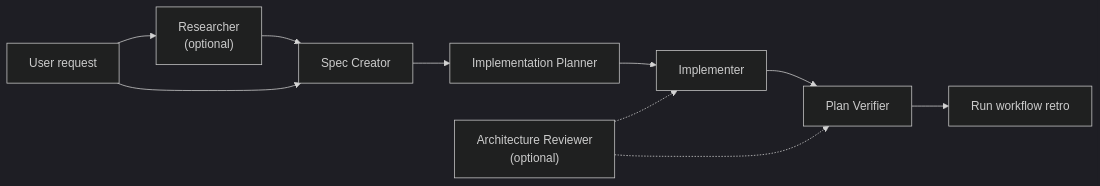
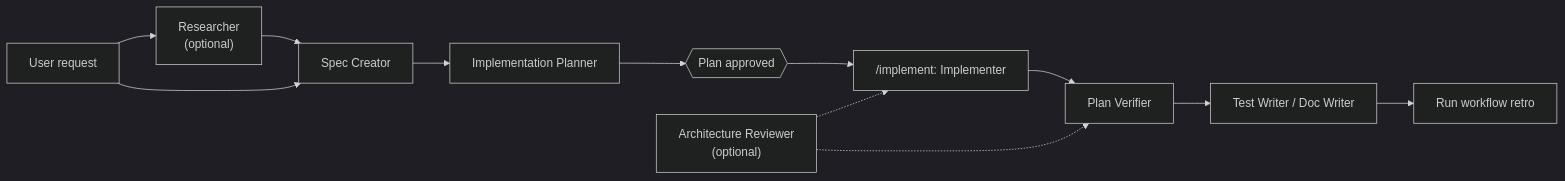
Before and after one commit to natata7/dev-digest-ai-marketplace: the second of 2 diagrams in docs/PLUGIN-ECOSYSTEM-SPEC.md, drawn with Mermaid (dark theme). The commit also changed other lines of this file and 154 other files, not shown here.

Commit message:
Add Zod schema references for coercion, string validations, enums, and type safety

````diff
--- a/docs/PLUGIN-ECOSYSTEM-SPEC.md
+++ b/docs/PLUGIN-ECOSYSTEM-SPEC.md
@@ -67,12 +78,13 @@
 ```mermaid
 flowchart LR
   request["User request"] --> research["Researcher<br/>(optional)"]
   research --> spec["Spec Creator"]
   request --> spec
   spec --> planner["Implementation Planner"]
-  planner --> implementer["Implementer"]
+  planner --> approval{{"Plan approved"}} --> implementer["/implement: Implementer"]
   implementer --> verifier["Plan Verifier"]
-  verifier --> retro["Run workflow retro"]
+  verifier --> tests["Test Writer / Doc Writer"]
+  tests --> retro["Run workflow retro"]
   architecture["Architecture Reviewer<br/>(optional)"] -.-> implementer
   architecture -.-> verifier
 ```
````
